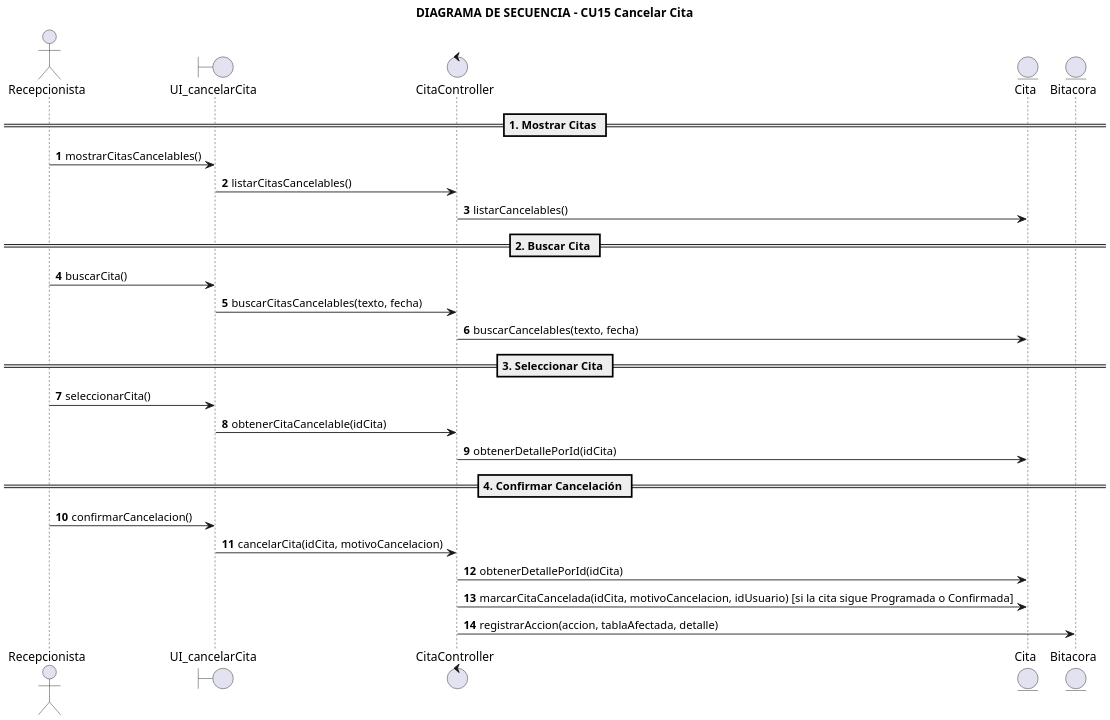
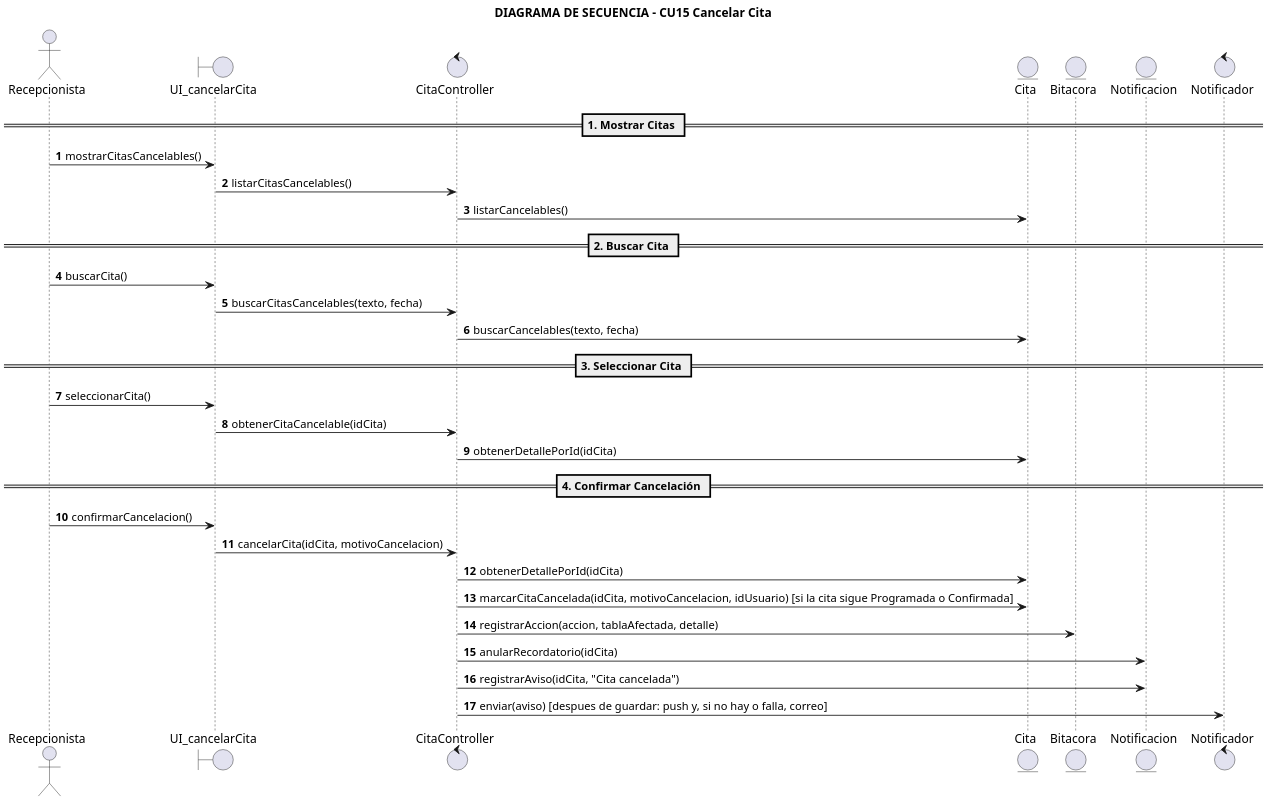
One commit to jherargm412-dev/clinica-vida-salud changed the diagram in docs/casos_de_uso/citas/CU15_cancelar_cita/secuencia.puml. Above: the diagram before and after it, drawn with PlantUML. The commit also changed 37 other files, not shown here.

```diff
--- a/docs/casos_de_uso/citas/CU15_cancelar_cita/secuencia.puml
+++ b/docs/casos_de_uso/citas/CU15_cancelar_cita/secuencia.puml
@@ -1,36 +1,41 @@
 @startuml
 autonumber
 skinparam shadowing false
 skinparam dpi 200
 
 title DIAGRAMA DE SECUENCIA - CU15 Cancelar Cita
 
 actor "Recepcionista" as R
 boundary "UI_cancelarCita" as UI
 control "CitaController" as C
 entity "Cita" as CI
 entity "Bitacora" as B
+entity "Notificacion" as N
+control "Notificador" as NT
 
 == 1. Mostrar Citas ==
 R -> UI: mostrarCitasCancelables()
 UI -> C: listarCitasCancelables()
 C -> CI: listarCancelables()
 
 == 2. Buscar Cita ==
 R -> UI: buscarCita()
 UI -> C: buscarCitasCancelables(texto, fecha)
 C -> CI: buscarCancelables(texto, fecha)
 
 == 3. Seleccionar Cita ==
 R -> UI: seleccionarCita()
 UI -> C: obtenerCitaCancelable(idCita)
 C -> CI: obtenerDetallePorId(idCita)
 
 == 4. Confirmar Cancelación ==
 R -> UI: confirmarCancelacion()
 UI -> C: cancelarCita(idCita, motivoCancelacion)
 C -> CI: obtenerDetallePorId(idCita)
 C -> CI: marcarCitaCancelada(idCita, motivoCancelacion, idUsuario) [si la cita sigue Programada o Confirmada]
 C -> B: registrarAccion(accion, tablaAfectada, detalle)
+C -> N: anularRecordatorio(idCita)
+C -> N: registrarAviso(idCita, "Cita cancelada")
+C -> NT: enviar(aviso) [despues de guardar: push y, si no hay o falla, correo]
 
 @enduml
```
